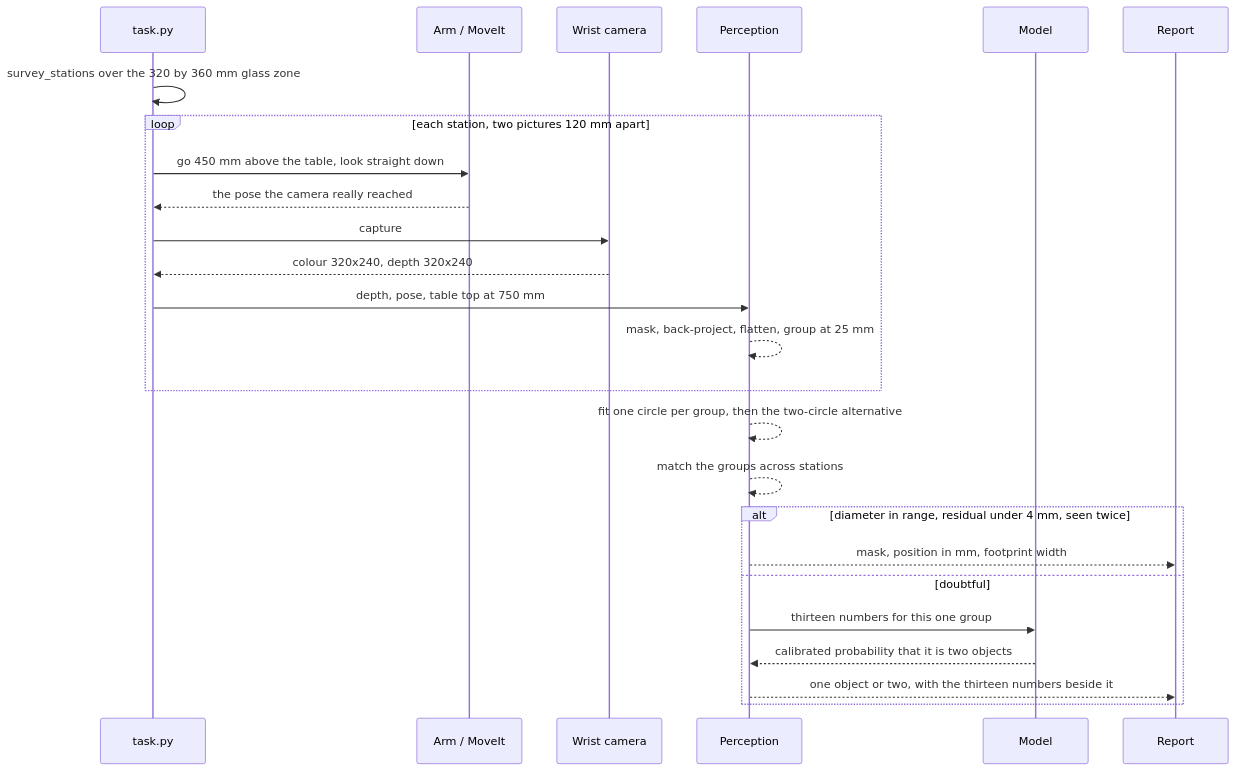
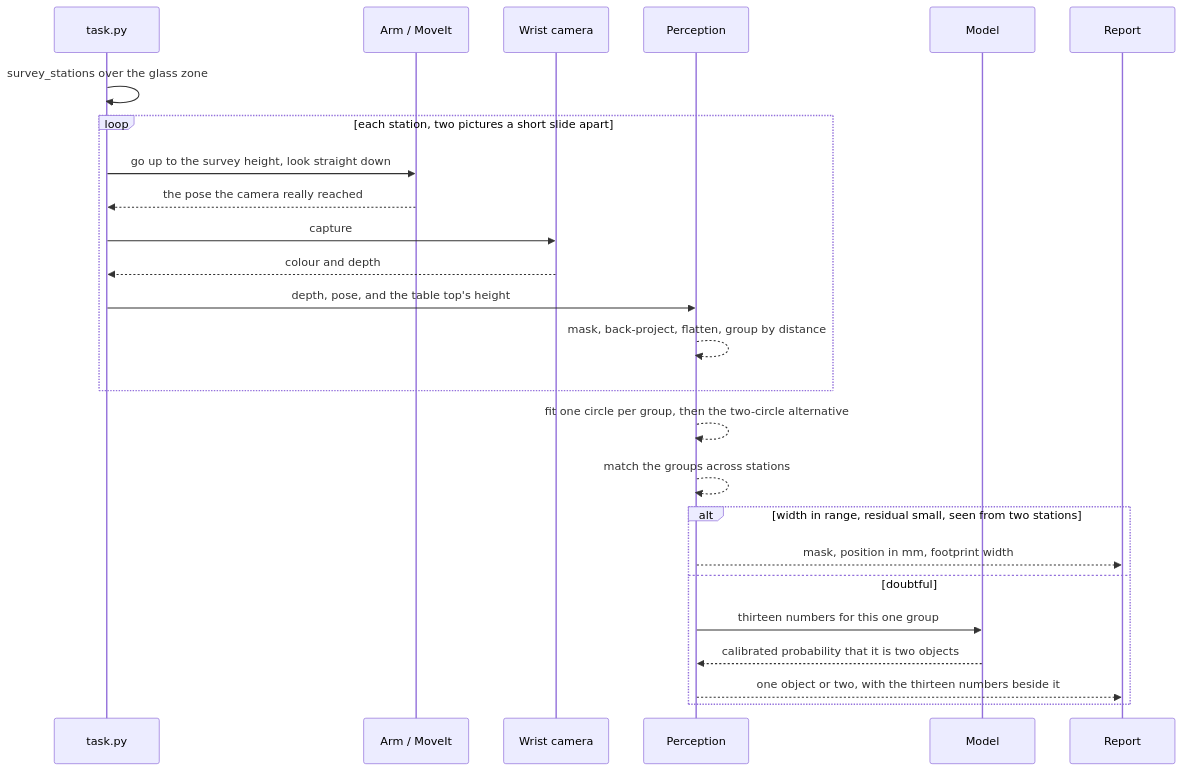
Before and after one commit to RobinNagpal/robot-arm-projects: the first of 3 diagrams in v5-pick-glasses/docs/problem-2/solutions/05-a-learned-verifier-over-the-clusters.md, drawn with Mermaid. The commit also changed other lines of this file, not shown here.

````diff
--- a/v5-pick-glasses/docs/problem-2/solutions/05-a-learned-verifier-over-the-clusters.md
+++ b/v5-pick-glasses/docs/problem-2/solutions/05-a-learned-verifier-over-the-clusters.md
@@ -295,27 +324,27 @@
 ```mermaid
 sequenceDiagram
     participant T as task.py
     participant A as Arm / MoveIt
     participant C as Wrist camera
     participant P as Perception
     participant M as Model
     participant R as Report
-    T->>T: survey_stations over the 320 by 360 mm glass zone
-    loop each station, two pictures 120 mm apart
-        T->>A: go 450 mm above the table, look straight down
+    T->>T: survey_stations over the glass zone
+    loop each station, two pictures a short slide apart
+        T->>A: go up to the survey height, look straight down
         A-->>T: the pose the camera really reached
         T->>C: capture
-        C-->>T: colour 320x240, depth 320x240
-        T->>P: depth, pose, table top at 750 mm
-        P-->>P: mask, back-project, flatten, group at 25 mm
+        C-->>T: colour and depth
+        T->>P: depth, pose, and the table top's height
+        P-->>P: mask, back-project, flatten, group by distance
     end
     P-->>P: fit one circle per group, then the two-circle alternative
     P-->>P: match the groups across stations
-    alt diameter in range, residual under 4 mm, seen twice
+    alt width in range, residual small, seen from two stations
         P-->>R: mask, position in mm, footprint width
     else doubtful
         P->>M: thirteen numbers for this one group
         M-->>P: calibrated probability that it is two objects
         P-->>R: one object or two, with the thirteen numbers beside it
     end
 ```
````
